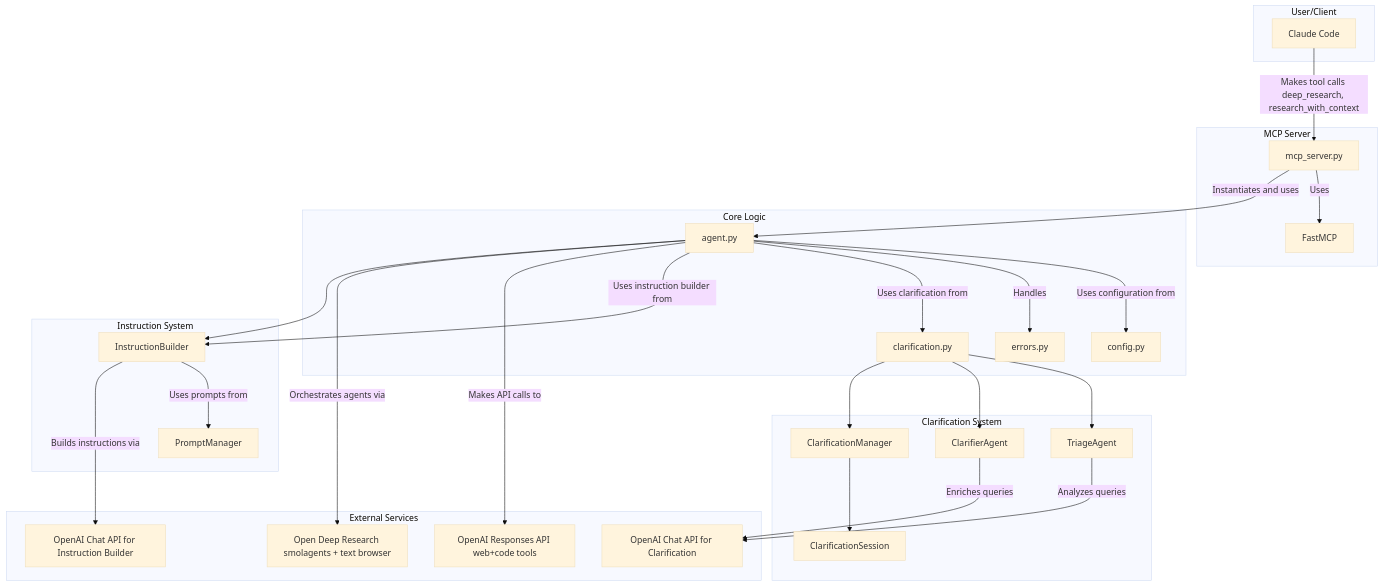
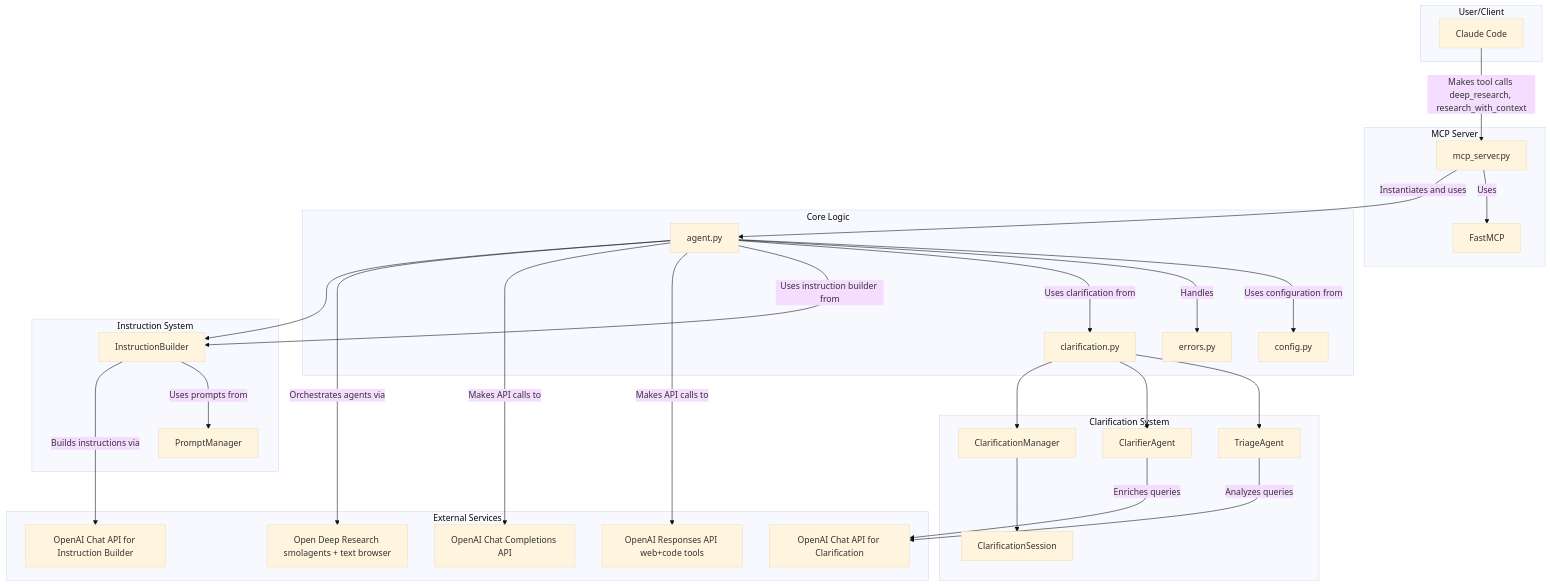
The diagram in ARCH.md (pminervini/deep-research-mcp), drawn with Mermaid (base theme) before and after one commit. The commit also changed other lines of this file and 7 other files, not shown here.

First line of the commit message:
feat: support Chat Completions API alongside Responses API

````diff
--- a/ARCH.md
+++ b/ARCH.md
@@ -7,58 +7,60 @@
 ```mermaid
 graph TD
     subgraph User/Client
         A[Claude Code]
     end
 
     subgraph MCP Server
         B[mcp_server.py]
         C[FastMCP]
     end
 
     subgraph Core Logic
         D[agent.py]
         E[config.py]
         F[errors.py]
         G[clarification.py]
     end
 
     subgraph Clarification System
         G1[TriageAgent]
         G2[ClarifierAgent]
         G3[ClarificationManager]
         G4[ClarificationSession]
     end
     
     subgraph Instruction System
         J[InstructionBuilder]
         K[PromptManager]
     end
 
     subgraph External Services
         H[OpenAI Responses API web+code tools]
+        H2[OpenAI Chat Completions API]
         I[OpenAI Chat API for Clarification]
         L[OpenAI Chat API for Instruction Builder]
         M[Open Deep Research smolagents + text browser]
     end
 
     A -- "Makes tool calls deep_research, research_with_context" --> B
     B -- "Uses" --> C
     B -- "Instantiates and uses" --> D
     D -- "Uses configuration from" --> E
     D -- "Handles" --> F
     D -- "Uses clarification from" --> G
     D -- "Uses instruction builder from" --> J
     D -- "Makes API calls to" --> H
+    D -- "Makes API calls to" --> H2
     D -- "Orchestrates agents via" --> M
     
     G --> G1
     G --> G2
     G --> G3
     G3 --> G4
     G1 -- "Analyzes queries" --> I
     G2 -- "Enriches queries" --> I
     
     D --> J
     J -- "Uses prompts from" --> K
     J -- "Builds instructions via" --> L
 ```
````
